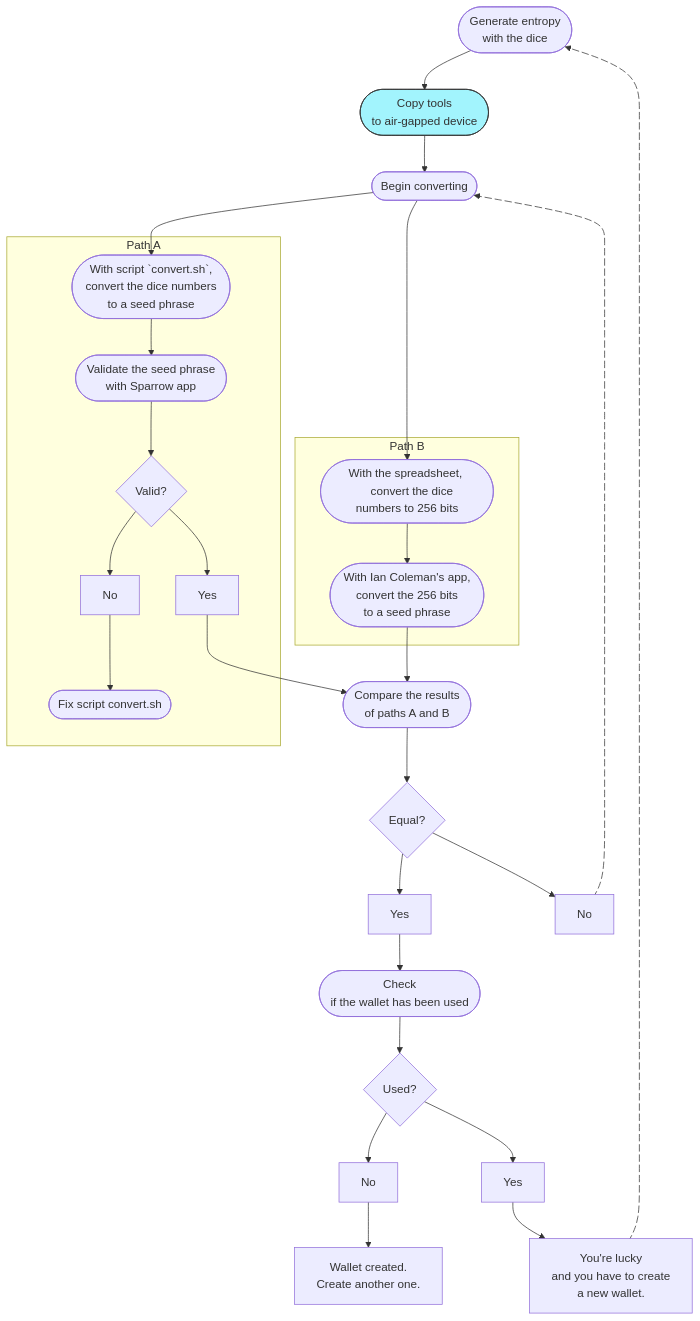
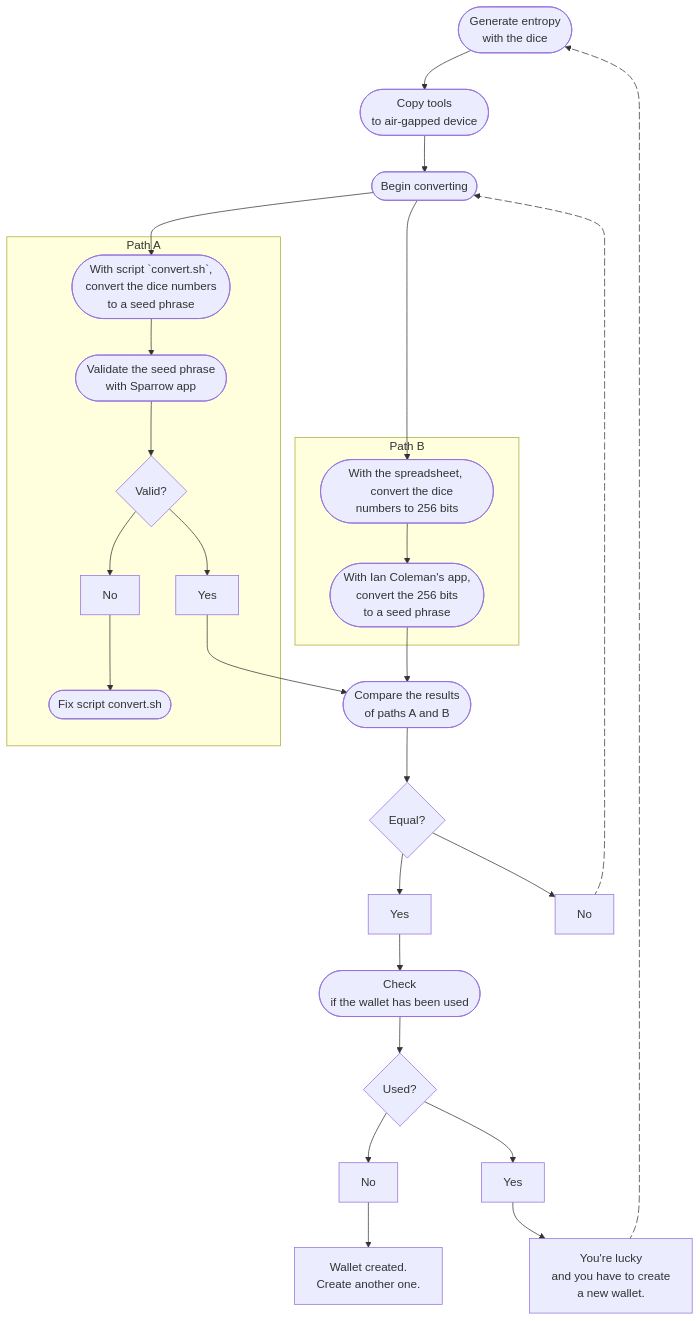
The diagram in bitcoin/_process20.md (cardinal-II/learn-processes-with-schemes), drawn with Mermaid before and after one commit.

Commit message:
Cleaned the code.

````diff
--- a/bitcoin/_process20.md
+++ b/bitcoin/_process20.md
@@ -3,56 +3,55 @@
 ```mermaid
 flowchart TD
     entropy --> copy_tools_to_airgapped --> begin_converting --> convert_numbers_a & convert_numbers_b;
     subgraph Path A
         convert_numbers_a --> validate_seed --> valid1 --> yes1 & no1;
         no1 --> fix_script;
         end
     subgraph Path B
         convert_numbers_b --> ian_coleman;
         end
     yes1 & ian_coleman --> compare_paths --> equal --> yes2 & no2;
     no2 e1@--> begin_converting;
     yes2 --> check_used --> used --> no3 & yes3;
     yes3 --> lucky e2@--> entropy;
     no3 --> wallet_created;
     
 entropy(["Generate entropy 
     with the dice"]);
 copy_tools_to_airgapped(["Copy tools 
     to air-gapped device"]);
 begin_converting([Begin converting]);
 convert_numbers_a(["With script `convert.sh`,
     convert the dice numbers 
     to a seed phrase"]);
 validate_seed(["Validate the seed phrase
     with Sparrow app"])
 valid1{Valid?}
 yes1[Yes]
 no1[No]
 fix_script([Fix script convert.sh])
 convert_numbers_b(["With the spreadsheet, 
     convert the dice numbers to 256 bits"])
 ian_coleman(["With Ian Coleman's app, 
     convert the 256 bits 
     to a seed phrase"])
 compare_paths(["Compare the results 
     of paths A and B"])
 equal{Equal?};
 yes2[Yes]
 no2[No];
 e1@{ animation: fast };
 e2@{ animation: fast };
 check_used(["Check 
     if the wallet has been used"])
 
 used{Used?}
 yes3[Yes]
 lucky["You're lucky
     and you have to create 
     a new wallet."]
 no3[No]
 wallet_created["Wallet created. 
     Create another one."]
 
-style copy_tools_to_airgapped fill:#A2F4FD, stroke:#333;
 ```
````
